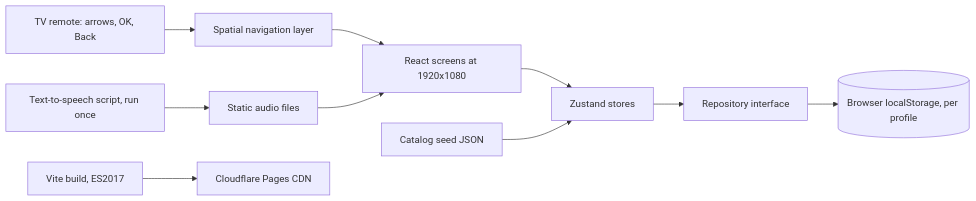
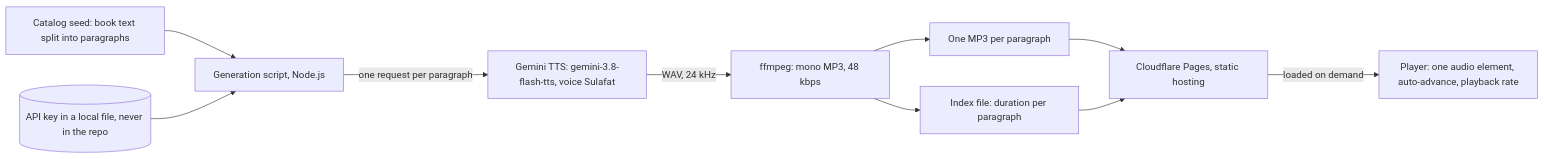
Before and after one commit to victorsestrem/smart-tv-book-streaming: the diagram in README.md, drawn with Mermaid. The commit also changed other lines of this file, not shown here.

````diff
--- a/README.md
+++ b/README.md
@@ -31,12 +38,12 @@
 ```mermaid
 flowchart LR
-    Remote[TV remote: arrows, OK, Back] --> Nav[Spatial navigation layer]
-    Nav --> Screens[React screens at 1920x1080]
-    Screens --> Stores[Zustand stores]
-    Stores --> Repo[Repository interface]
-    Repo --> LS[(Browser localStorage, per profile)]
-    Seed[Catalog seed JSON] --> Stores
-    TTS[Text-to-speech script, run once] --> Audio[Static audio files]
-    Audio --> Screens
-    Build[Vite build, ES2017] --> CDN[Cloudflare Pages CDN]
+    Seed[Catalog seed: book text split into paragraphs] --> Script[Generation script, Node.js]
+    Key[(API key in a local file, never in the repo)] --> Script
+    Script -->|one request per paragraph| Gemini[Gemini TTS: gemini-3.8-flash-tts, voice Sulafat]
+    Gemini -->|WAV, 24 kHz| FF[ffmpeg: mono MP3, 48 kbps]
+    FF --> Files[One MP3 per paragraph]
+    FF --> Index[Index file: duration per paragraph]
+    Files --> CDN[Cloudflare Pages, static hosting]
+    Index --> CDN
+    CDN -->|loaded on demand| Player[Player: one audio element, auto-advance, playback rate]
 ```
````
